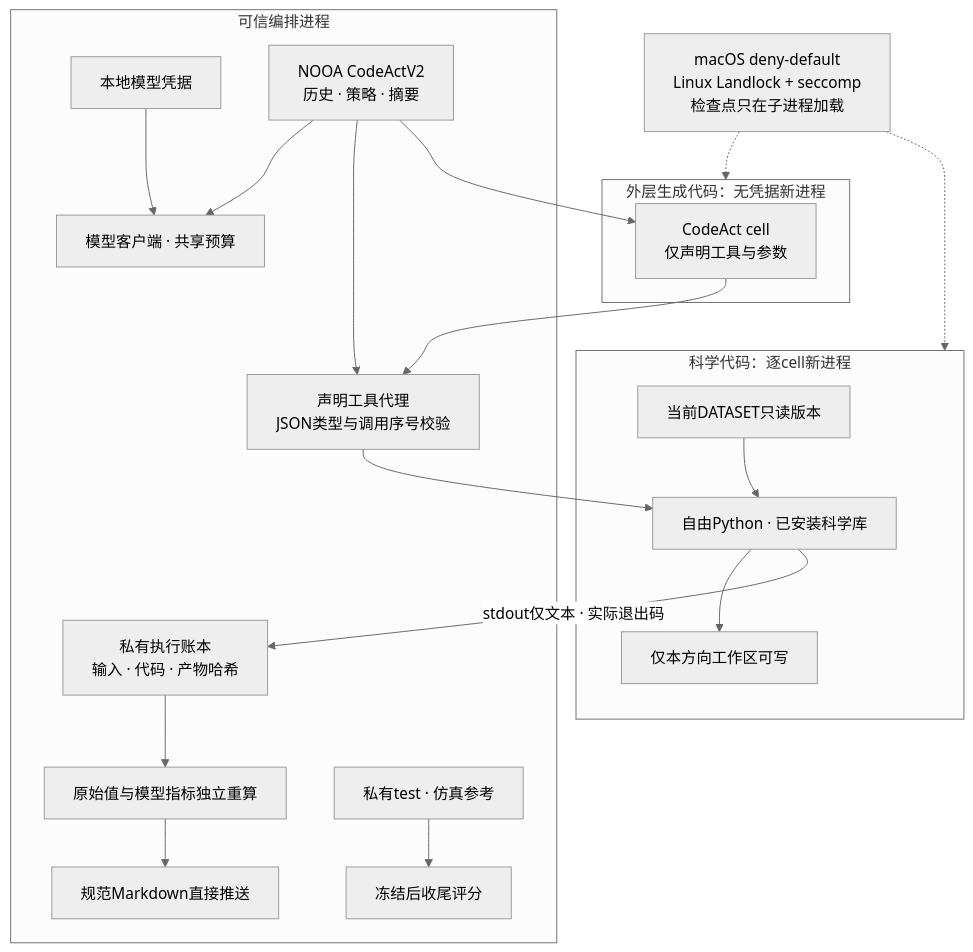
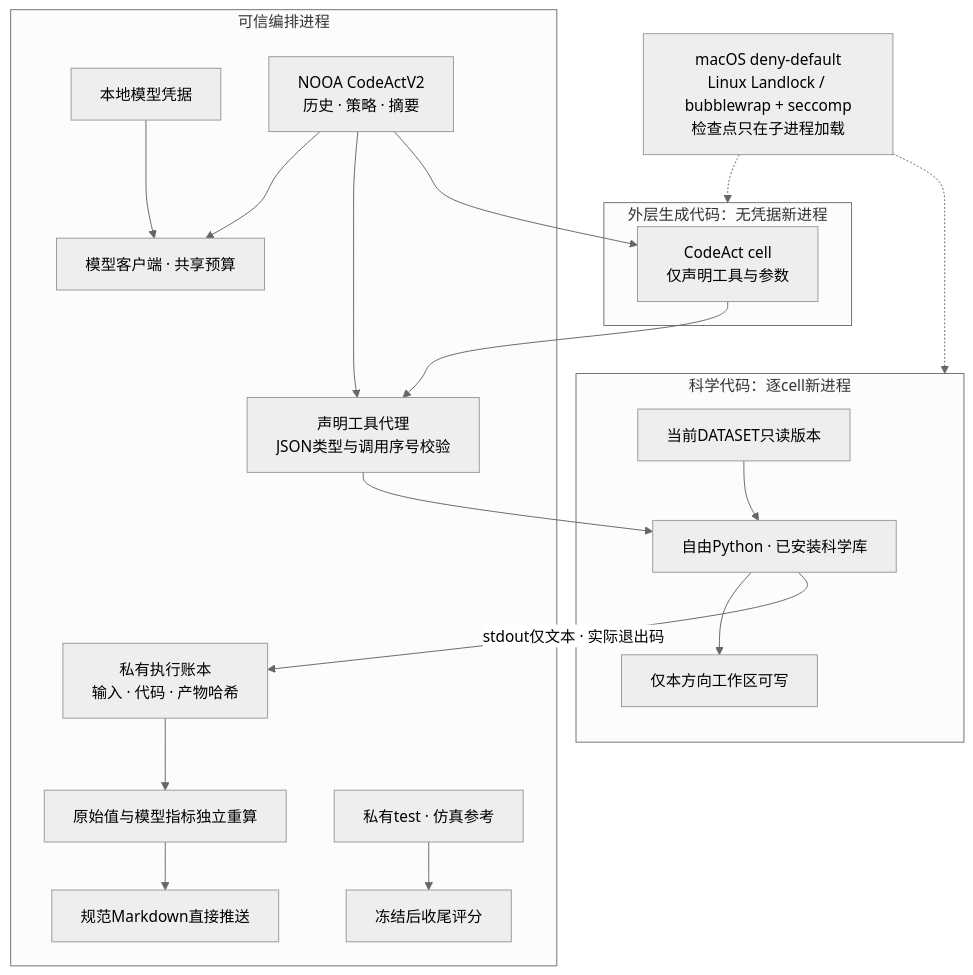
One commit to pty819/nooa-etching-rca changed the diagram in docs/sphinx/diagrams/trust.mmd. Above: the diagram before and after it, drawn with Mermaid (neutral theme). The commit also changed 17 other files, not shown here.

Commit message:
Support Linux ARM kernels without Landlock using guarded bubblewrap cells

```diff
--- a/docs/sphinx/diagrams/trust.mmd
+++ b/docs/sphinx/diagrams/trust.mmd
@@ -1,23 +1,23 @@
 flowchart TB
   subgraph HOST["可信编排进程"]
     KEY["本地模型凭据"] --> API["模型客户端 · 共享预算"]
     NOOA["NOOA CodeActV2<br/>历史 · 策略 · 摘要"] --> API
     NOOA --> RPC["声明工具代理<br/>JSON类型与调用序号校验"]
     LEDGER["私有执行账本<br/>输入 · 代码 · 产物哈希"] --> VERIFY["原始值与模型指标独立重算"]
     TEST["私有test · 仿真参考"] --> EVAL["冻结后收尾评分"]
     VERIFY --> MD["规范Markdown直接推送"]
   end
   subgraph OUTER["外层生成代码：无凭据新进程"]
     CELL["CodeAct cell<br/>仅声明工具与参数"]
   end
   NOOA --> CELL
   CELL --> RPC
   subgraph SCIENCE["科学代码：逐cell新进程"]
     PY["自由Python · 已安装科学库"]
     IN["当前DATASET只读版本"] --> PY
     PY --> WORK["仅本方向工作区可写"]
   end
   RPC --> PY
   PY -->|"stdout仅文本 · 实际退出码"| LEDGER
-  RULES["macOS deny-default<br/>Linux Landlock + seccomp<br/>检查点只在子进程加载"] -.-> OUTER
+  RULES["macOS deny-default<br/>Linux Landlock / bubblewrap + seccomp<br/>检查点只在子进程加载"] -.-> OUTER
   RULES -.-> SCIENCE
```
